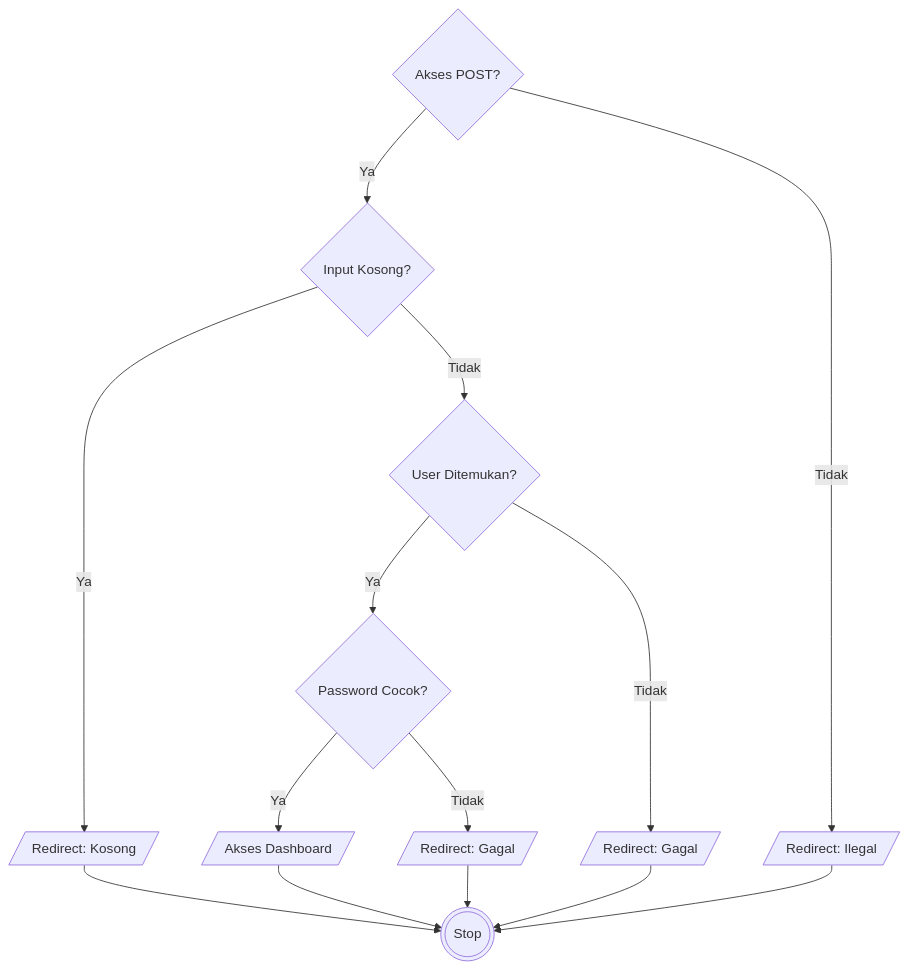
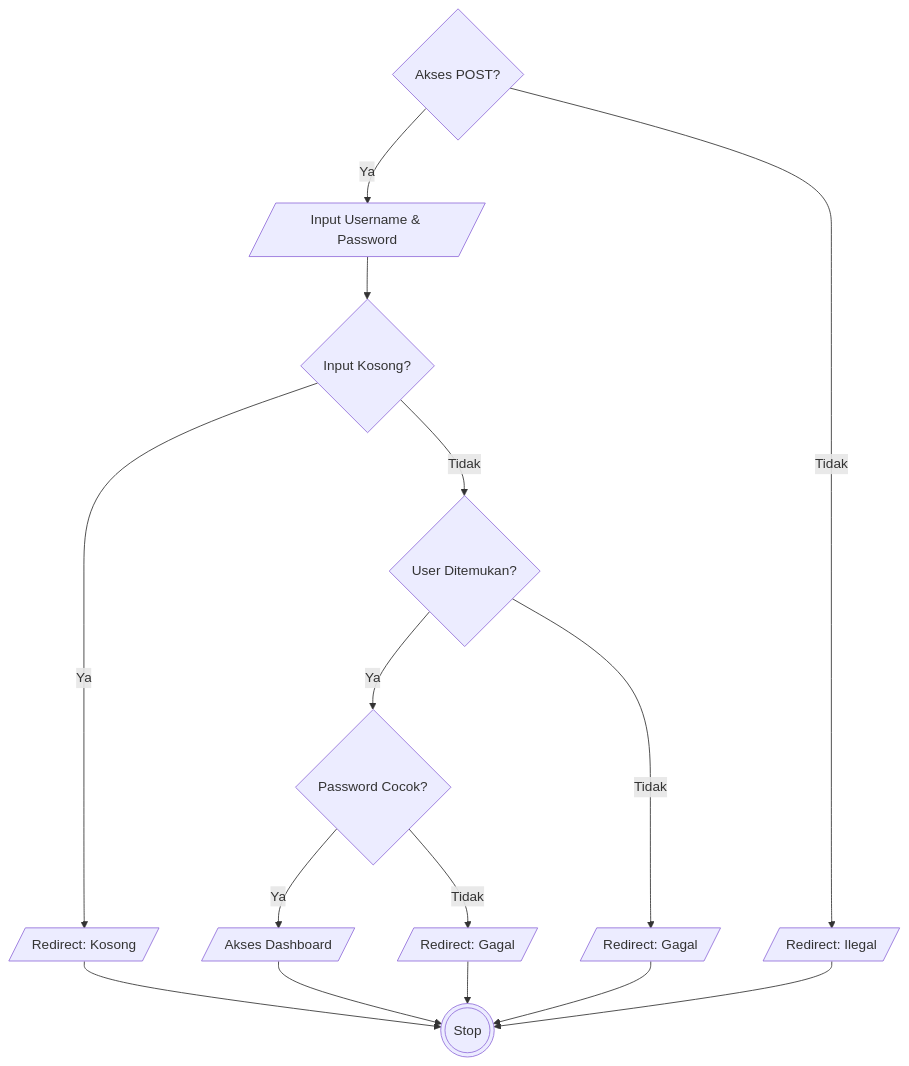
Before and after one commit to arbain-dev/Web_fikom: the first of 6 diagrams in docs/07_PENGUJIAN_WHITE_BOX.md, drawn with Mermaid. The commit also changed other lines of this file, not shown here.

Commit message:
docs: menambahkan node input pada flowchart pengujian white box

````diff
--- a/docs/07_PENGUJIAN_WHITE_BOX.md
+++ b/docs/07_PENGUJIAN_WHITE_BOX.md
@@ -28,20 +29,21 @@
 ```mermaid
 flowchart TD
-    1{Akses POST?} -->|Ya| 2{Input Kosong?}
-    1 -->|Tidak| 9[/Redirect: Ilegal/]
+    1{Akses POST?} -->|Ya| 2[/Input Username & Password/]
+    1 -->|Tidak| 10[/Redirect: Ilegal/]
     
-    2 -->|Ya| 3[/Redirect: Kosong/]
-    2 -->|Tidak| 4{User Ditemukan?}
+    2 --> 3{Input Kosong?}
+    3 -->|Ya| 4[/Redirect: Kosong/]
+    3 -->|Tidak| 5{User Ditemukan?}
     
-    4 -->|Ya| 5{Password Cocok?}
-    4 -->|Tidak| 8[/Redirect: Gagal/]
+    5 -->|Ya| 6{Password Cocok?}
+    5 -->|Tidak| 9[/Redirect: Gagal/]
     
-    5 -->|Ya| 6[/Akses Dashboard/]
-    5 -->|Tidak| 7[/Redirect: Gagal/]
+    6 -->|Ya| 7[/Akses Dashboard/]
+    6 -->|Tidak| 8[/Redirect: Gagal/]
     
-    3 --> 10(((Stop)))
-    6 --> 10
-    7 --> 10
-    8 --> 10
-    9 --> 10
+    4 --> 11(((Stop)))
+    7 --> 11
+    8 --> 11
+    9 --> 11
+    10 --> 11
 ```
````
